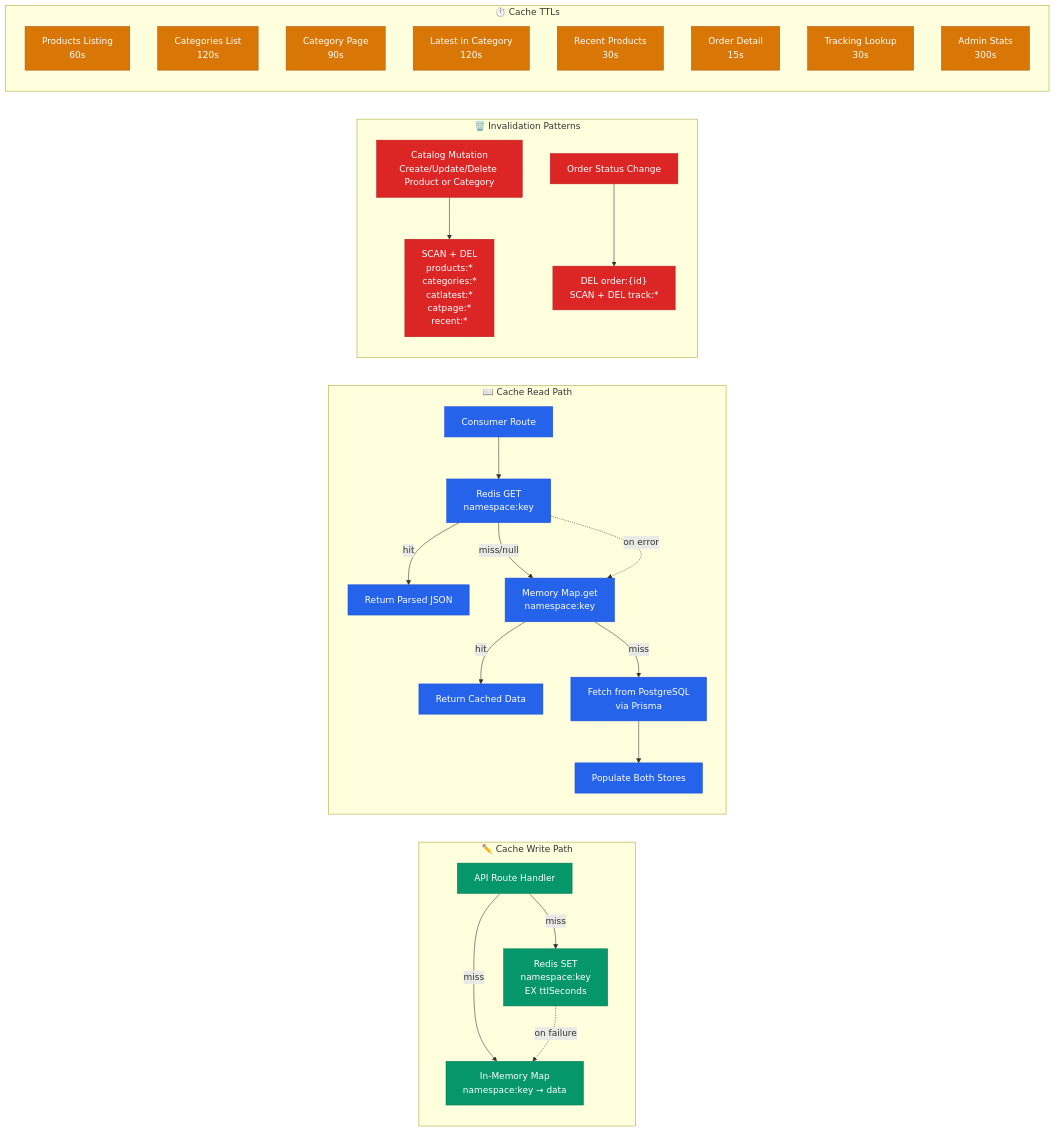
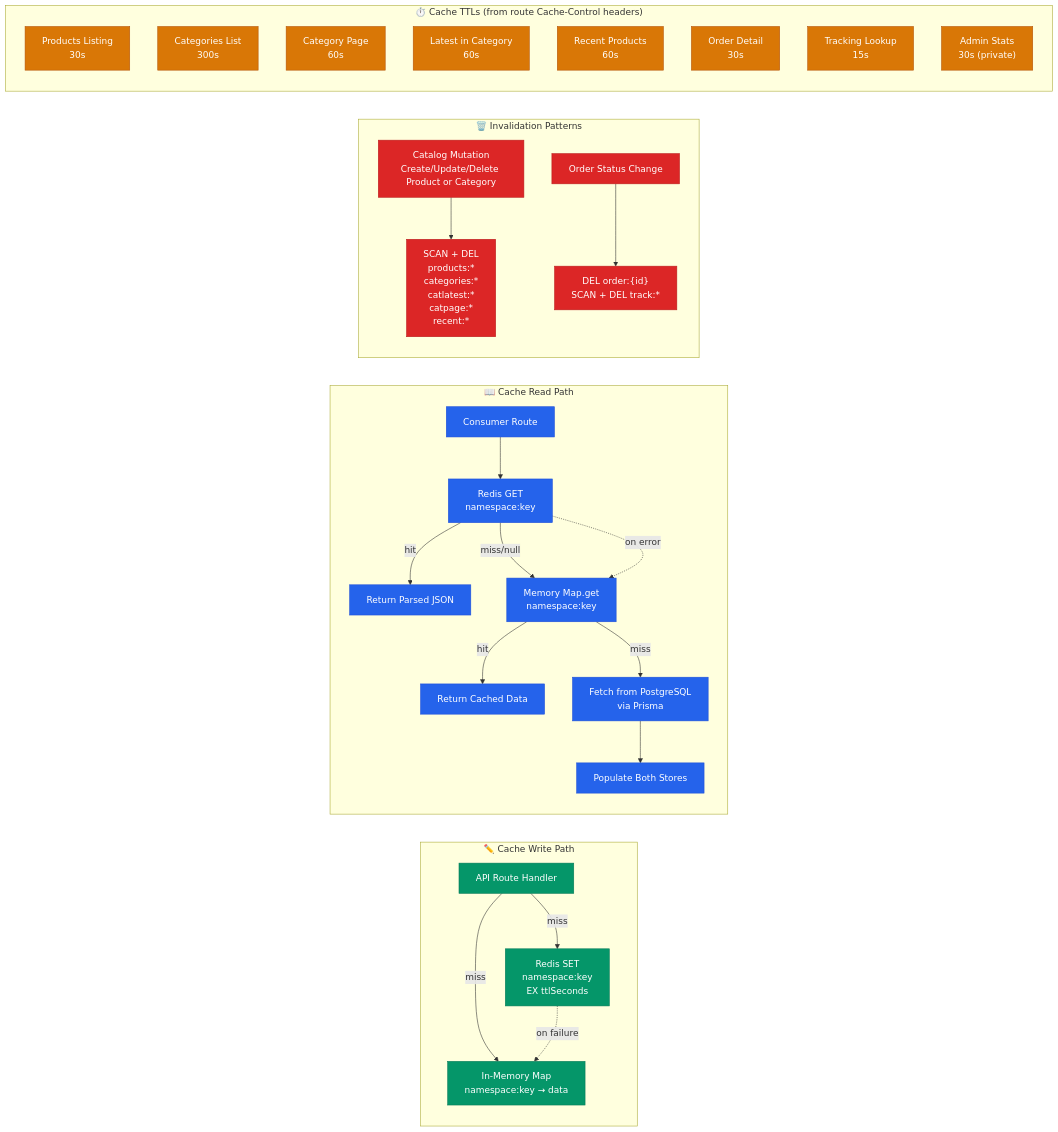
The fifth of 10 diagrams in chinni-treasure/docs/ARCHITECTURE_DIAGRAMS.md (deepak-sekarbabu-coder/chinni-treasure), drawn with Mermaid before and after one commit. The commit also changed other lines of this file and 10 other files, not shown here.

````diff
--- a/chinni-treasure/docs/ARCHITECTURE_DIAGRAMS.md
+++ b/chinni-treasure/docs/ARCHITECTURE_DIAGRAMS.md
@@ -298,49 +300,49 @@
 ```mermaid
 flowchart LR
     subgraph WritePath["✏️ Cache Write Path"]
         API["API Route Handler"]
         API -->|miss| RedisSet["Redis SET<br/>namespace:key<br/>EX ttlSeconds"]
         API -->|miss| MemSet["In-Memory Map<br/>namespace:key → data"]
         RedisSet -.->|"on failure"| MemSet
     end
 
     subgraph ReadPath["📖 Cache Read Path"]
         Consumer["Consumer Route"]
         Consumer --> RedisGet["Redis GET<br/>namespace:key"]
         RedisGet -->|hit| ReturnRedis["Return Parsed JSON"]
         RedisGet -->|miss/null| MemGet["Memory Map.get<br/>namespace:key"]
         RedisGet -.->|"on error"| MemGet
         MemGet -->|hit| ReturnMem["Return Cached Data"]
         MemGet -->|miss| FetchDB["Fetch from PostgreSQL<br/>via Prisma"]
         FetchDB --> Populate["Populate Both Stores"]
     end
 
     subgraph Invalidations["🗑️ Invalidation Patterns"]
         CatMutation["Catalog Mutation<br/>Create/Update/Delete Product or Category"]
         CatMutation --> ScanDEL["SCAN + DEL<br/>products:*<br/>categories:*<br/>catlatest:*<br/>catpage:*<br/>recent:*"]
         
         OrderMutation["Order Status Change"]
         OrderMutation --> OrderDEL["DEL order:{id}<br/>SCAN + DEL track:*"]
     end
 
-    subgraph TTLs["⏱️ Cache TTLs"]
-        Products["Products Listing<br/>60s"]
-        Categories["Categories List<br/>120s"]
-        CatPage["Category Page<br/>90s"]
-        CatLatest["Latest in Category<br/>120s"]
-        Recent["Recent Products<br/>30s"]
-        OrderDetail["Order Detail<br/>15s"]
-        Tracking["Tracking Lookup<br/>30s"]
-        Stats["Admin Stats<br/>300s"]
+    subgraph TTLs["⏱️ Cache TTLs (from route Cache-Control headers)"]
+        Products["Products Listing<br/>30s"]
+        Categories["Categories List<br/>300s"]
+        CatPage["Category Page<br/>60s"]
+        CatLatest["Latest in Category<br/>60s"]
+        Recent["Recent Products<br/>60s"]
+        OrderDetail["Order Detail<br/>30s"]
+        Tracking["Tracking Lookup<br/>15s"]
+        Stats["Admin Stats<br/>30s (private)"]
     end
 
     classDef writeStyle fill:#059669,stroke:#047857,color:#FFFFFF
     classDef readStyle fill:#2563EB,stroke:#1D4ED8,color:#FFFFFF
     classDef invalidStyle fill:#DC2626,stroke:#B91C1C,color:#FFFFFF
     classDef ttlStyle fill:#D97706,stroke:#B45309,color:#FFFFFF
 
     class API,RedisSet,MemSet writeStyle
     class Consumer,RedisGet,ReturnRedis,MemGet,ReturnMem,FetchDB,Populate readStyle
     class CatMutation,ScanDEL,OrderMutation,OrderDEL invalidStyle
     class Products,Categories,CatPage,CatLatest,Recent,OrderDetail,Tracking,Stats ttlStyle
 ```
````
